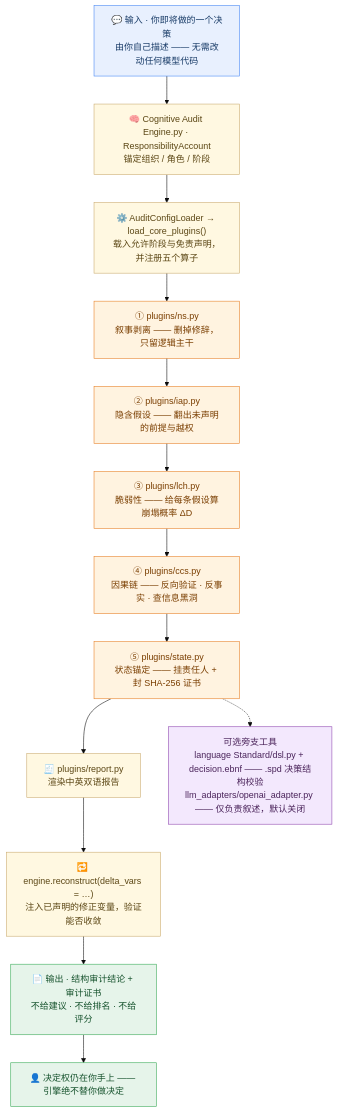
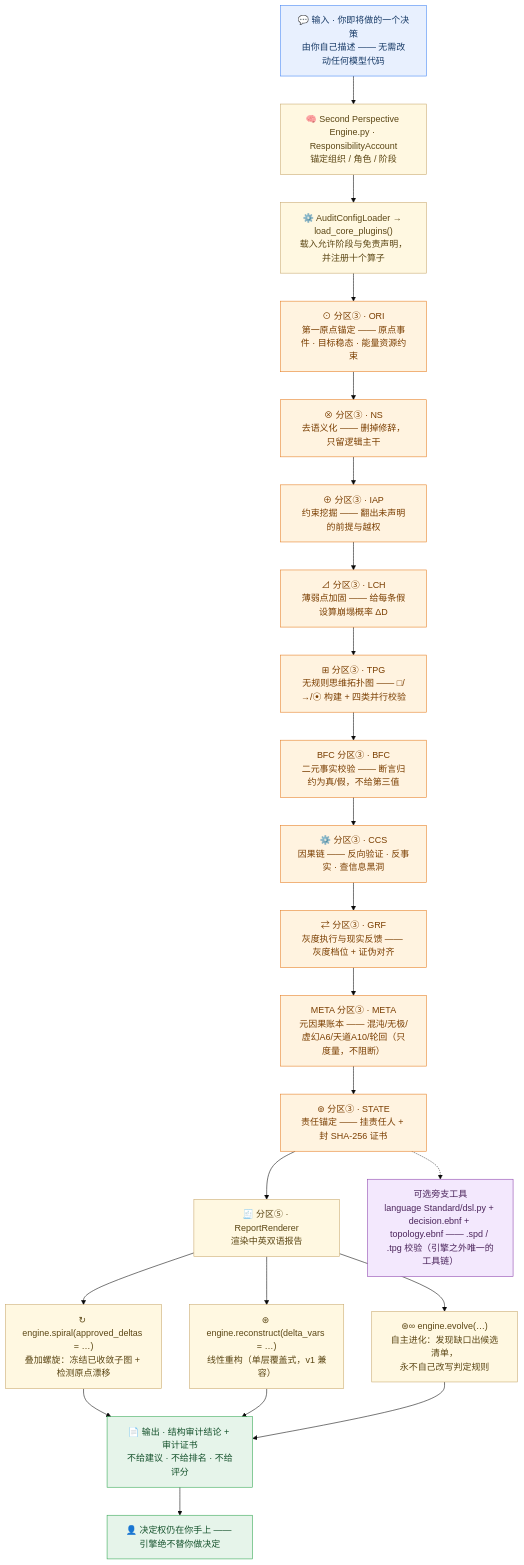
The diagram in README-zh.md (NOHN-AI/second-perspective), drawn with Mermaid (base theme) before and after one commit. The commit also changed other lines of this file and 23 other files, not shown here.

````diff
--- a/README-zh.md
+++ b/README-zh.md
@@ -48,45 +48,61 @@
 ```mermaid
 flowchart TB
     IN["💬 输入 · 你即将做的一个决策<br/>由你自己描述 —— 无需改动任何模型代码"]
 
-    E1["🧠 Cognitive Audit Engine.py · ResponsibilityAccount<br/>锚定组织 / 角色 / 阶段"]
-    E2["⚙️ AuditConfigLoader → load_core_plugins()<br/>载入允许阶段与免责声明，<br/>并注册五个算子"]
+    E1["🧠 Second Perspective Engine.py · ResponsibilityAccount<br/>锚定组织 / 角色 / 阶段"]
+    E2["⚙️ AuditConfigLoader → load_core_plugins()<br/>载入允许阶段与免责声明，<br/>并注册十个算子"]
 
-    A1["① plugins/ns.py<br/>叙事剥离 —— 删掉修辞，只留逻辑主干"]
-    A2["② plugins/iap.py<br/>隐含假设 —— 翻出未声明的前提与越权"]
-    A3["③ plugins/lch.py<br/>脆弱性 —— 给每条假设算崩塌概率 ΔD"]
-    A4["④ plugins/ccs.py<br/>因果链 —— 反向验证 · 反事实 · 查信息黑洞"]
-    A5["⑤ plugins/state.py<br/>状态锚定 —— 挂责任人 + 封 SHA-256 证书"]
+    A0["⊙ 分区③ · ORI<br/>第一原点锚定 —— 原点事件 · 目标稳态 · 能量资源约束"]
+    A1["⊗ 分区③ · NS<br/>去语义化 —— 删掉修辞，只留逻辑主干"]
+    A2["⊕ 分区③ · IAP<br/>约束挖掘 —— 翻出未声明的前提与越权"]
+    A3["⊿ 分区③ · LCH<br/>薄弱点加固 —— 给每条假设算崩塌概率 ΔD"]
+    A6["⊞ 分区③ · TPG<br/>无规则思维拓扑图 —— □/→/⦿ 构建 + 四类并行校验"]
+    A8["BFC 分区③ · BFC<br/>二元事实校验 —— 断言归约为真/假，不给第三值"]
+    A4["⚙️ 分区③ · CCS<br/>因果链 —— 反向验证 · 反事实 · 查信息黑洞"]
+    A7["⇄ 分区③ · GRF<br/>灰度执行与现实反馈 —— 灰度档位 + 证伪对齐"]
+    A9["META 分区③ · META<br/>元因果账本 —— 混沌/无极/虚幻A6/天道A10/轮回（只度量，不阻断）"]
+    A5["⊚ 分区③ · STATE<br/>责任锚定 —— 挂责任人 + 封 SHA-256 证书"]
 
-    R["🧾 plugins/report.py<br/>渲染中英双语报告"]
-    RC["🔁 engine.reconstruct(delta_vars = …)<br/>注入已声明的修正变量，验证能否收敛"]
+    R["🧾 分区⑤ · ReportRenderer<br/>渲染中英双语报告"]
+    RC["↻ engine.spiral(approved_deltas = …)<br/>叠加螺旋：冻结已收敛子图 + 检测原点漂移"]
+    RC2["⊛ engine.reconstruct(delta_vars = …)<br/>线性重构（单层覆盖式，v1 兼容）"]
+    RC3["⊛∞ engine.evolve(…)<br/>自主进化：发现缺口出候选清单，<br/>永不自己改写判定规则"]
 
-    SIDE["可选旁支工具<br/>language Standard/dsl.py + decision.ebnf —— .spd 决策结构校验<br/>llm_adapters/openai_adapter.py —— 仅负责叙述，默认关闭"]
+    SIDE["可选旁支工具<br/>language Standard/dsl.py + decision.ebnf + topology.ebnf —— .spd / .tpg 校验（引擎之外唯一的工具链）"]
 
     OUT["📄 输出 · 结构审计结论 + 审计证书<br/>不给建议 · 不给排名 · 不给评分"]
     HUMAN["👤 决定权仍在你手上 —— 引擎绝不替你做决定"]
 
     IN --> E1
     E1 --> E2
-    E2 --> A1
+    E2 --> A0
+    A0 --> A1
     A1 --> A2
     A2 --> A3
-    A3 --> A4
-    A4 --> A5
+    A3 --> A6
+    A6 --> A8
+    A8 --> A4
+    A4 --> A7
+    A7 --> A9
+    A9 --> A5
     A5 --> R
     R --> RC
+    R --> RC2
+    R --> RC3
     RC --> OUT
+    RC2 --> OUT
+    RC3 --> OUT
     OUT --> HUMAN
     A5 -.-> SIDE
 
     classDef cIn fill:#E8F0FE,stroke:#4285F4,stroke-width:1px,color:#173A66
     classDef cEng fill:#FFF8E1,stroke:#C9A96E,stroke-width:1px,color:#5B4614
     classDef cOp fill:#FFF3E0,stroke:#E67E22,stroke-width:1px,color:#7A3E00
     classDef cSide fill:#F3E8FD,stroke:#8E44AD,stroke-width:1px,color:#4A235A
     classDef cOut fill:#E6F4EA,stroke:#34A853,stroke-width:1px,color:#14512B
     class IN cIn
-    class E1,E2,R,RC cEng
-    class A1,A2,A3,A4,A5 cOp
+    class E1,E2,R,RC,RC2,RC3 cEng
+    class A0,A1,A2,A3,A4,A5,A6,A7,A8,A9 cOp
     class SIDE cSide
     class OUT,HUMAN cOut
 ```
````
